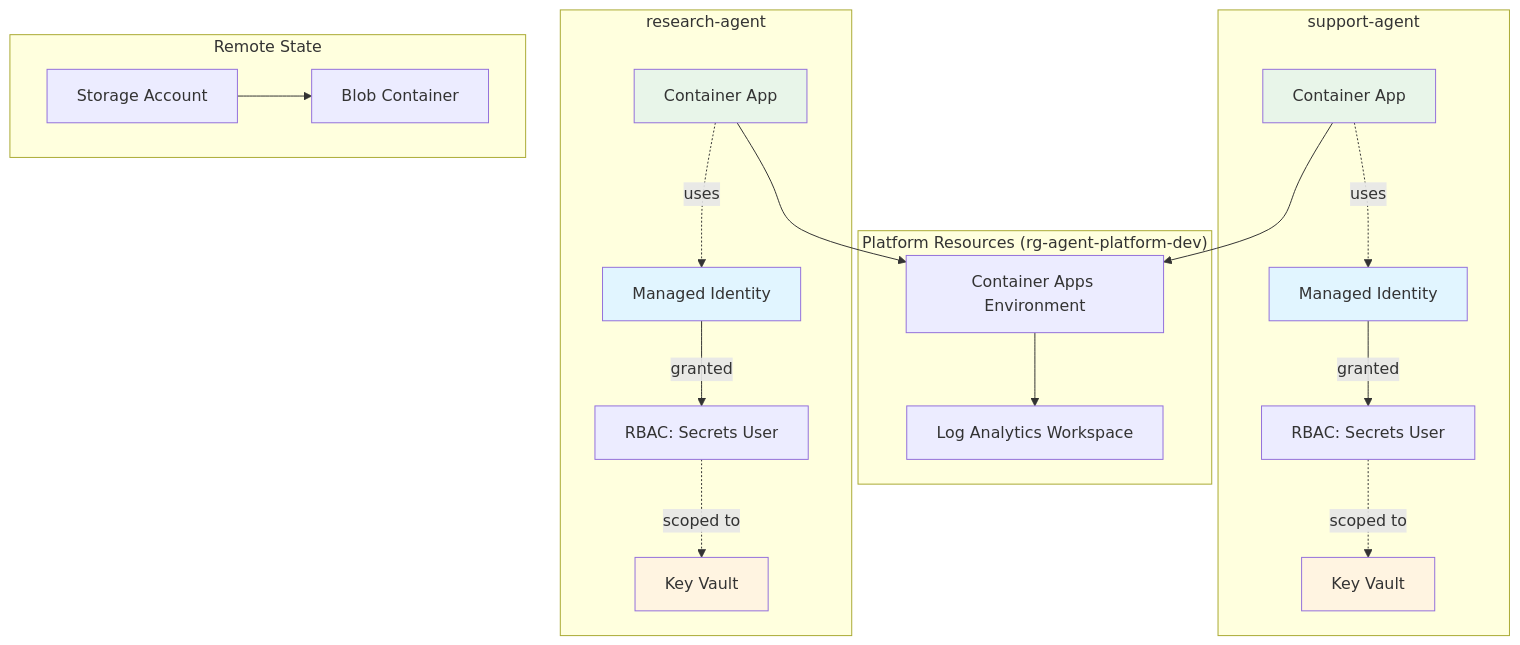
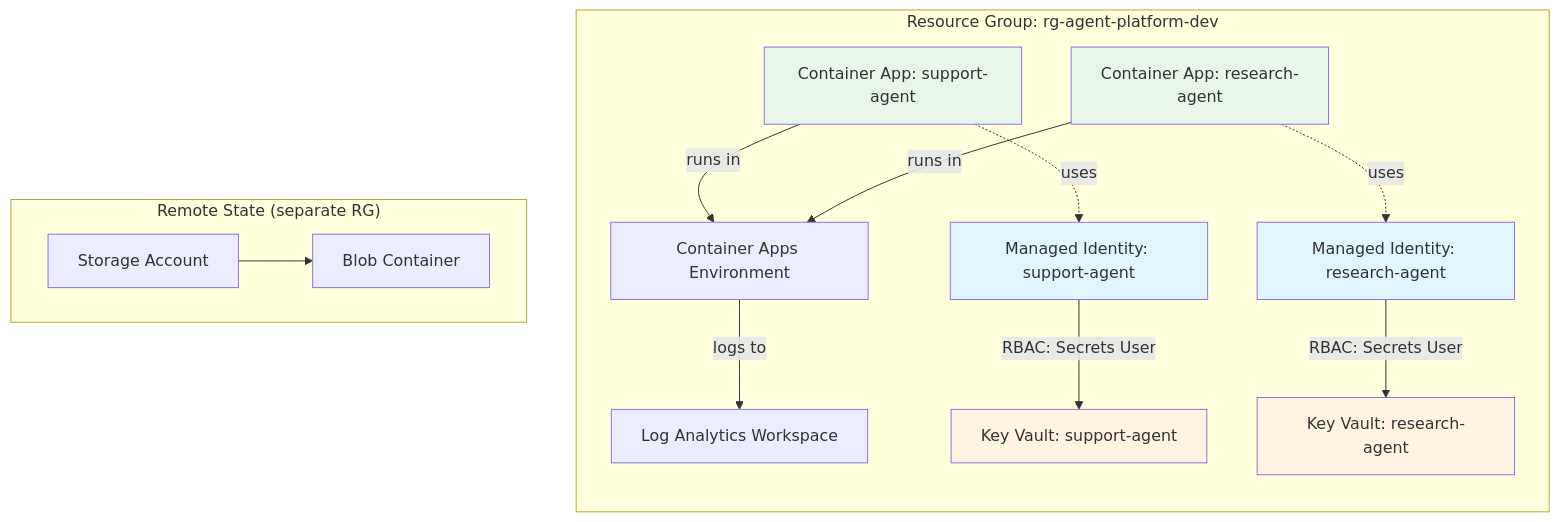
The diagram in README.md (khurram-de/azure-agent-platform-terraform), drawn with Mermaid before and after one commit. The commit also changed other lines of this file, not shown here.

Commit message:
Update architecture diagram to show correct resource grouping

````diff
--- a/README.md
+++ b/README.md
@@ -25,44 +25,41 @@
 ```mermaid
 graph TB
-    subgraph Platform["Platform Resources (rg-agent-platform-dev)"]
+    subgraph RG["Resource Group: rg-agent-platform-dev"]
+        direction TB
+        
         LA[Log Analytics Workspace]
         CAE[Container Apps Environment]
+        
+        ID1[Managed Identity: support-agent]
+        KV1[Key Vault: support-agent]
+        CA1[Container App: support-agent]
+        
+        ID2[Managed Identity: research-agent]
+        KV2[Key Vault: research-agent]
+        CA2[Container App: research-agent]
     end
     
-    subgraph Agent1["support-agent"]
-        ID1[Managed Identity]
-        KV1[Key Vault]
-        CA1[Container App]
-        RA1[RBAC: Secrets User]
-    end
-    
-    subgraph Agent2["research-agent"]
-        ID2[Managed Identity]
-        KV2[Key Vault]
-        CA2[Container App]
-        RA2[RBAC: Secrets User]
-    end
-    
-    subgraph State["Remote State"]
+    subgraph State["Remote State (separate RG)"]
         SA[Storage Account]
         SC[Blob Container]
     end
     
-    CA1 --> CAE
-    CA2 --> CAE
-    CAE --> LA
+    CA1 -->|runs in| CAE
+    CA2 -->|runs in| CAE
+    CAE -->|logs to| LA
+    
     CA1 -.->|uses| ID1
     CA2 -.->|uses| ID2
-    ID1 -->|granted| RA1
-    ID2 -->|granted| RA2
-    RA1 -.->|scoped to| KV1
-    RA2 -.->|scoped to| KV2
+    
+    ID1 -->|RBAC: Secrets User| KV1
+    ID2 -->|RBAC: Secrets User| KV2
+    
     SA --> SC
     
     style ID1 fill:#e1f5ff
     style ID2 fill:#e1f5ff
     style KV1 fill:#fff4e1
     style KV2 fill:#fff4e1
     style CA1 fill:#e8f5e9
     style CA2 fill:#e8f5e9
 ```
````
